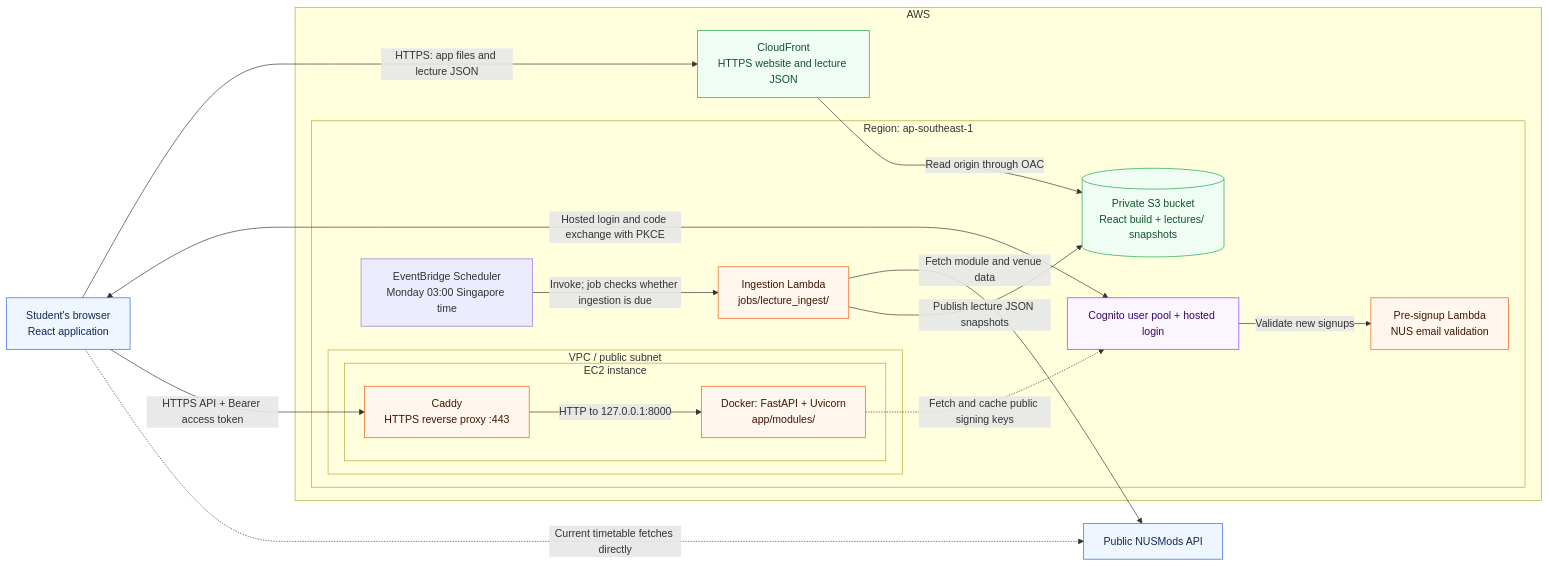
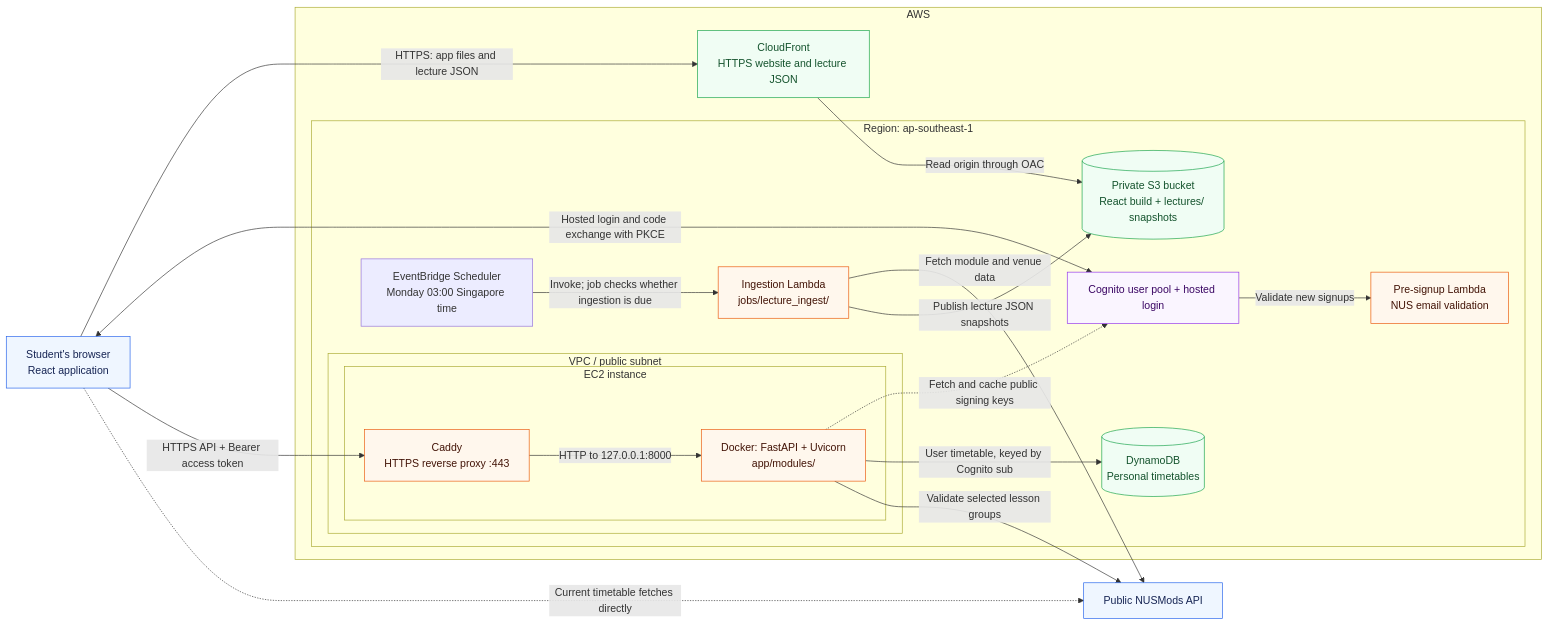
The diagram in docs/architecture.md (YangQF2002/CS5224-Lecture-Kaki), drawn with Mermaid before and after one commit. The commit also changed other lines of this file and 12 other files, not shown here.

Commit message:
fix(timetable): harden validation and storage handling

````diff
--- a/docs/architecture.md
+++ b/docs/architecture.md
@@ -12,45 +12,48 @@
 ```mermaid
 flowchart LR
     browser["Student's browser<br/>React application"]
     nusmods["Public NUSMods API"]
 
     subgraph aws["AWS"]
         cloudfront["CloudFront<br/>HTTPS website and lecture JSON"]
 
         subgraph region["Region: ap-southeast-1"]
             bucket[("Private S3 bucket<br/>React build + lectures/ snapshots")]
             cognito["Cognito user pool + hosted login"]
             signup["Pre-signup Lambda<br/>NUS email validation"]
             scheduler["EventBridge Scheduler<br/>Monday 03:00 Singapore time"]
             ingest["Ingestion Lambda<br/>jobs/lecture_ingest/"]
+            timetables[("DynamoDB<br/>Personal timetables")]
 
             subgraph network["VPC / public subnet"]
                 subgraph ec2["EC2 instance"]
                     proxy["Caddy<br/>HTTPS reverse proxy :443"]
                     api["Docker: FastAPI + Uvicorn<br/>app/modules/"]
                 end
             end
         end
     end
 
     browser -->|"HTTPS: app files and lecture JSON"| cloudfront
     cloudfront -->|"Read origin through OAC"| bucket
     browser <-->|"Hosted login and code exchange with PKCE"| cognito
     cognito -->|"Validate new signups"| signup
     browser -->|"HTTPS API + Bearer access token"| proxy
     proxy -->|"HTTP to 127.0.0.1:8000"| api
     api -.->|"Fetch and cache public signing keys"| cognito
+    api -->|"User timetable, keyed by Cognito sub"| timetables
+    api -->|"Validate selected lesson groups"| nusmods
     browser -.->|"Current timetable fetches directly"| nusmods
     scheduler -->|"Invoke; job checks whether ingestion is due"| ingest
     ingest -->|"Fetch module and venue data"| nusmods
     ingest -->|"Publish lecture JSON snapshots"| bucket
 
     classDef client fill:#eff6ff,stroke:#2563eb,color:#172554
     classDef compute fill:#fff7ed,stroke:#ea580c,color:#431407
     classDef storage fill:#f0fdf4,stroke:#16a34a,color:#14532d
     classDef identity fill:#faf5ff,stroke:#9333ea,color:#3b0764
     class browser,nusmods client
     class proxy,api,ingest,signup compute
-    class bucket,cloudfront storage
+    class bucket,cloudfront,timetables storage
     class cognito identity
 ```
````
